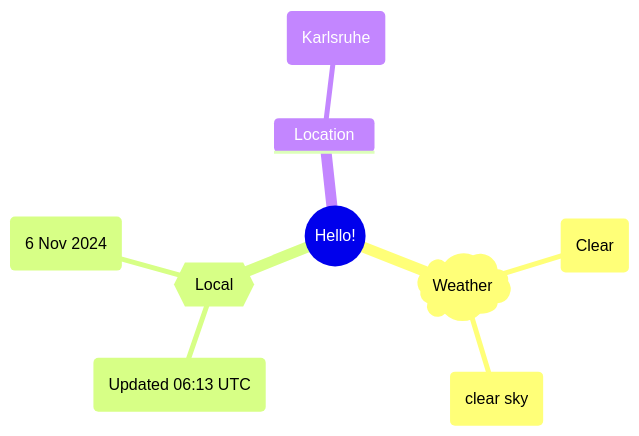
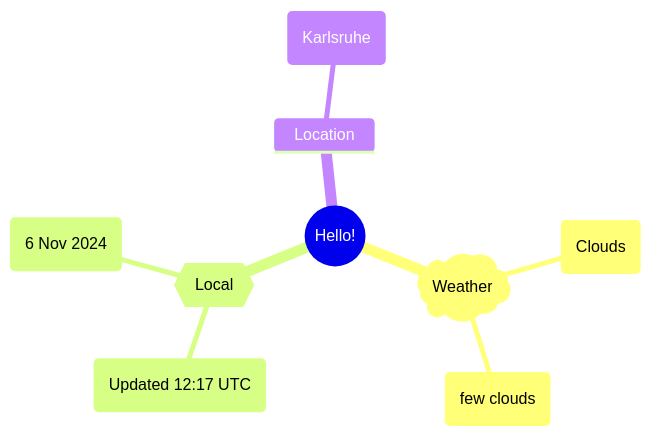
One commit to Xosrov/Xosrov changed the first of 2 diagrams in README.md. Above: the diagram before and after it, drawn with Mermaid.

Commit message:
[bot] updated images

````diff
--- a/README.md
+++ b/README.md
@@ -3,12 +3,12 @@
 ```mermaid
 mindmap
   root((Hello!))
     )Weather(
-        (Clear)
-        (clear sky)
+        (Clouds)
+        (few clouds)
     {{Local}}
-        (Updated 06:13 UTC)
+        (Updated 12:17 UTC)
         (6 Nov 2024)
     Location
         (Karlsruhe)
 ```
````
